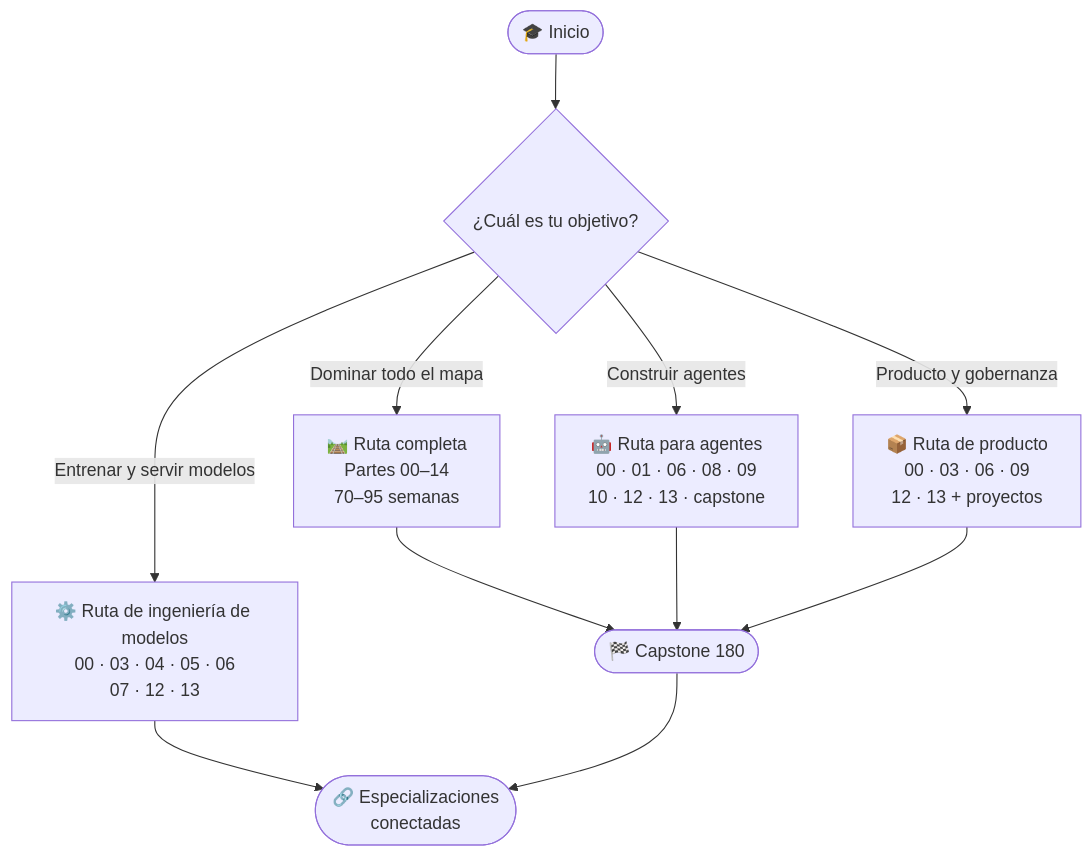
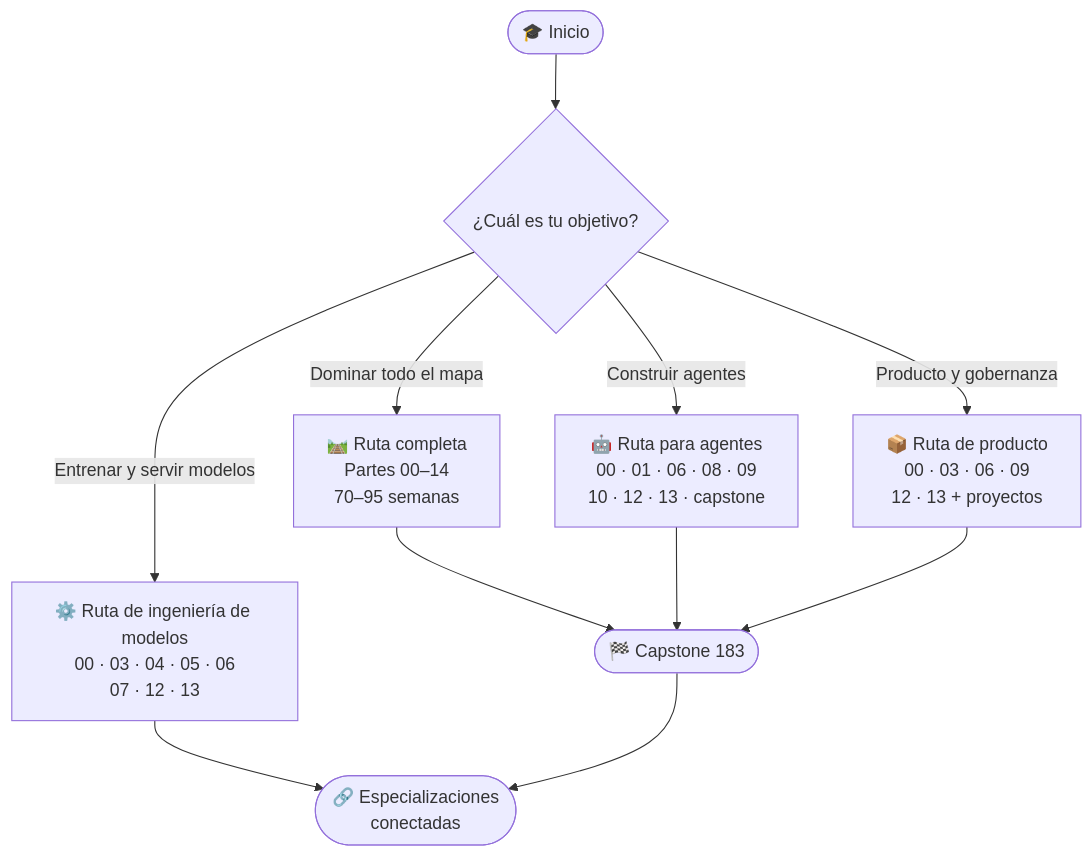
Before and after one commit to vladimiracunadev-create/artificial-intelligence-evolution-program: the diagram in docs/LEARNING_PATH.md, drawn with Mermaid. The commit also changed other lines of this file and 1522 other files, not shown here.

````diff
--- a/docs/LEARNING_PATH.md
+++ b/docs/LEARNING_PATH.md
@@ -3,13 +3,13 @@
 ```mermaid
 flowchart TD
     START(["🎓 Inicio"]) --> Q{"¿Cuál es tu objetivo?"}
     Q -->|"Dominar todo el mapa"| FULL["🛤️ Ruta completa<br/>Partes 00–14<br/>70–95 semanas"]
     Q -->|"Construir agentes"| AG["🤖 Ruta para agentes<br/>00 · 01 · 06 · 08 · 09<br/>10 · 12 · 13 · capstone"]
     Q -->|"Entrenar y servir modelos"| MOD["⚙️ Ruta de ingeniería de modelos<br/>00 · 03 · 04 · 05 · 06<br/>07 · 12 · 13"]
     Q -->|"Producto y gobernanza"| PROD["📦 Ruta de producto<br/>00 · 03 · 06 · 09<br/>12 · 13 + proyectos"]
-    FULL --> CAP(["🏁 Capstone 180"])
+    FULL --> CAP(["🏁 Capstone 183"])
     AG --> CAP
     MOD --> SPEC(["🔗 Especializaciones<br/>conectadas"])
     PROD --> CAP
     CAP --> SPEC
 ```
````
